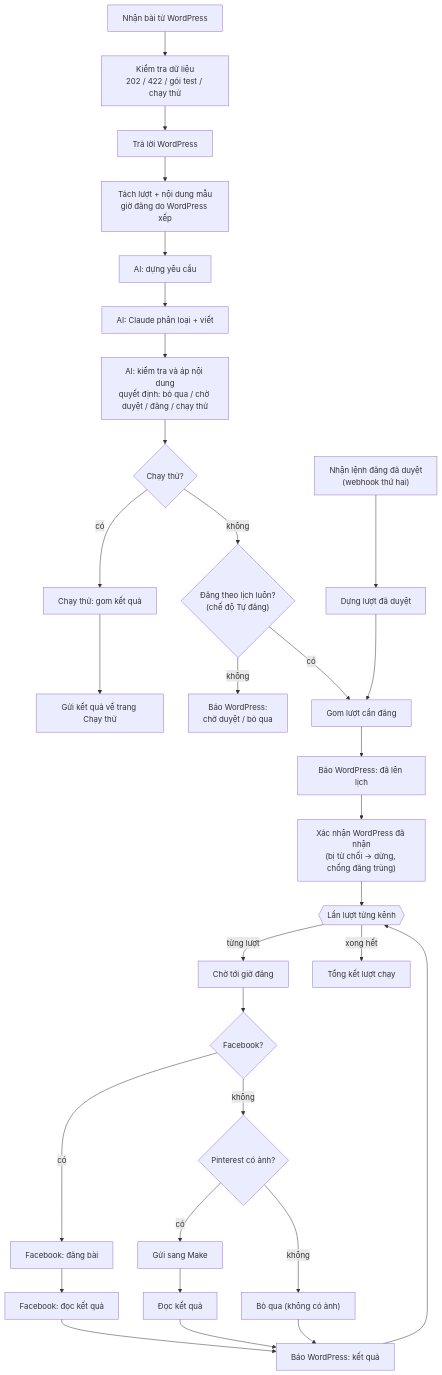
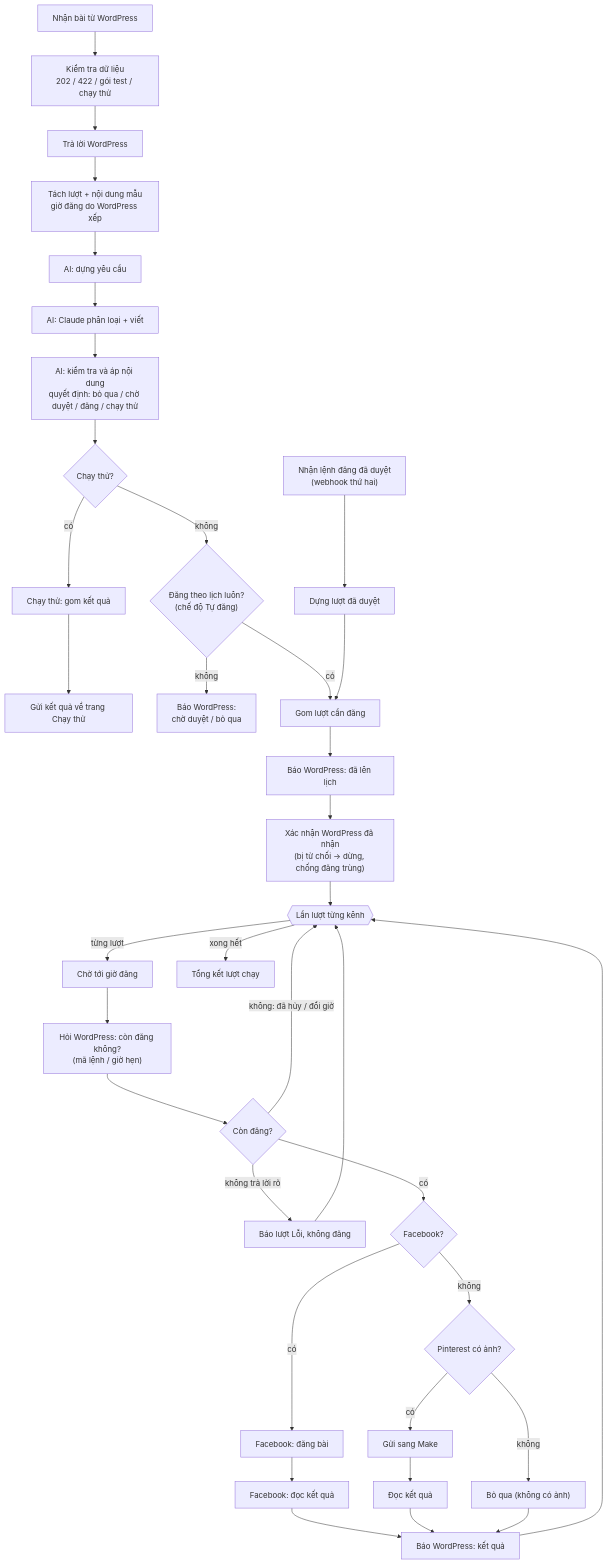
The third of 6 diagrams in nop-bai/04-so-do-quy-trinh.md (jinsimple/doppelherz-social), drawn with Mermaid before and after one commit. The commit also changed other lines of this file and 45 other files, not shown here.

````diff
--- a/nop-bai/04-so-do-quy-trinh.md
+++ b/nop-bai/04-so-do-quy-trinh.md
@@ -94,24 +99,27 @@
 ```mermaid
 flowchart TD
   W["Nhận bài từ WordPress"] --> K["Kiểm tra dữ liệu<br/>202 / 422 / gói test / chạy thử"]
   K --> R["Trả lời WordPress"] --> T["Tách lượt + nội dung mẫu<br/>giờ đăng do WordPress xếp"]
   T --> A1["AI: dựng yêu cầu"] --> A2["AI: Claude phân loại + viết"] --> A3["AI: kiểm tra và áp nội dung<br/>quyết định: bỏ qua / chờ duyệt / đăng / chạy thử"]
   A3 --> D{"Chạy thử?"}
   D -- có --> D1["Chạy thử: gom kết quả"] --> D2["Gửi kết quả về trang Chạy thử"]
   D -- không --> P{"Đăng theo lịch luôn?<br/>(chế độ Tự đăng)"}
   P -- không --> H["Báo WordPress:<br/>chờ duyệt / bỏ qua"]
   P -- có --> G["Gom lượt cần đăng"]
   AW["Nhận lệnh đăng đã duyệt<br/>(webhook thứ hai)"] --> AB["Dựng lượt đã duyệt"] --> G
   G --> S["Báo WordPress: đã lên lịch"] --> X["Xác nhận WordPress đã nhận<br/>(bị từ chối → dừng, chống đăng trùng)"]
   X --> L{{"Lần lượt từng kênh"}}
-  L -- "từng lượt" --> WT["Chờ tới giờ đăng"] --> IF{"Facebook?"}
+  L -- "từng lượt" --> WT["Chờ tới giờ đăng"] --> ASK["Hỏi WordPress: còn đăng không?<br/>(mã lệnh / giờ hẹn)"] --> GO{"Còn đăng?"}
+  GO -- "không: đã hủy / đổi giờ" --> L
+  GO -- "không trả lời rõ" --> FAILCB["Báo lượt Lỗi, không đăng"] --> L
+  GO -- có --> IF{"Facebook?"}
   IF -- có --> FB1["Facebook: đăng bài"] --> FB2["Facebook: đọc kết quả"]
   IF -- không --> P0{"Pinterest có ảnh?"}
   P0 -- có --> P1["Gửi sang Make"] --> P2["Đọc kết quả"]
   P0 -- không --> P3["Bỏ qua (không có ảnh)"]
   FB2 --> CB["Báo WordPress: kết quả"]
   P2 --> CB
   P3 --> CB
   CB --> L
   L -- "xong hết" --> SUM["Tổng kết lượt chạy"]
 ```
````
